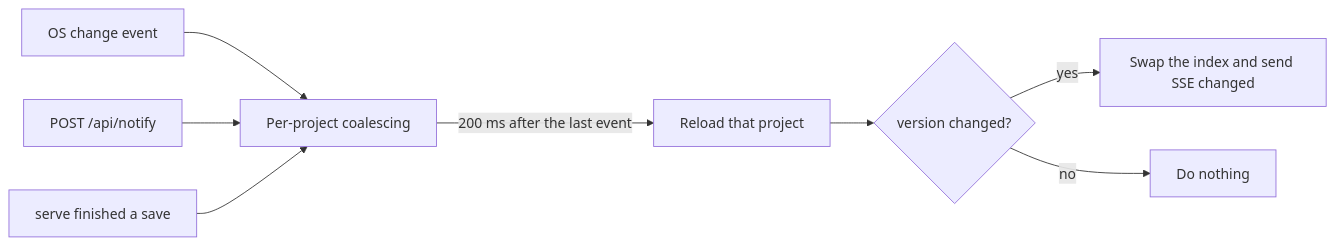
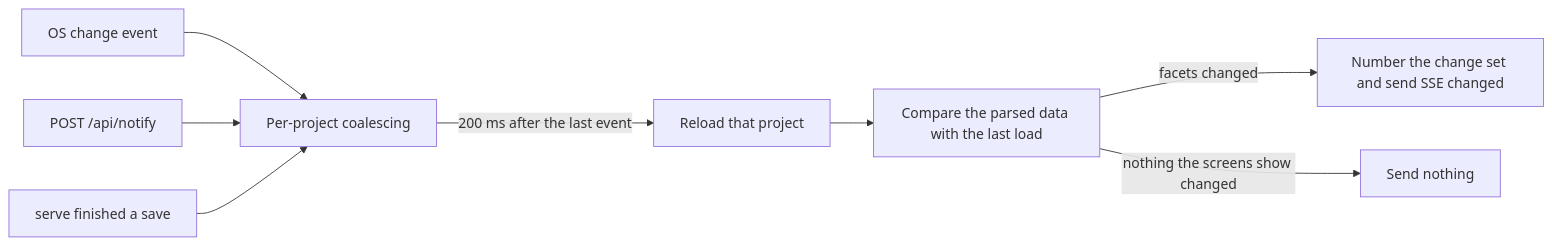
The diagram in docs/dev/concepts/notifications.md (FooQoo/agent-board), drawn with Mermaid before and after one commit. The commit also changed other lines of this file and 17 other files, not shown here.

First line of the commit message:
docs: describe the Summary and Detail data flow in the English and Japanese pages

````diff
--- a/docs/dev/concepts/notifications.md
+++ b/docs/dev/concepts/notifications.md
@@ -9,10 +13,10 @@
 ```mermaid
 flowchart LR
   W[OS change event] --> Q[Per-project coalescing]
   N[POST /api/notify] --> Q
   S[serve finished a save] --> Q
   Q -->|200 ms after the last event| R[Reload that project]
-  R --> V{version changed?}
-  V -->|yes| B[Swap the index and send SSE changed]
-  V -->|no| X[Do nothing]
+  R --> D[Compare the parsed data with the last load]
+  D -->|facets changed| F[Number the change set and send SSE changed]
+  D -->|nothing the screens show changed| X[Send nothing]
 ```
````
